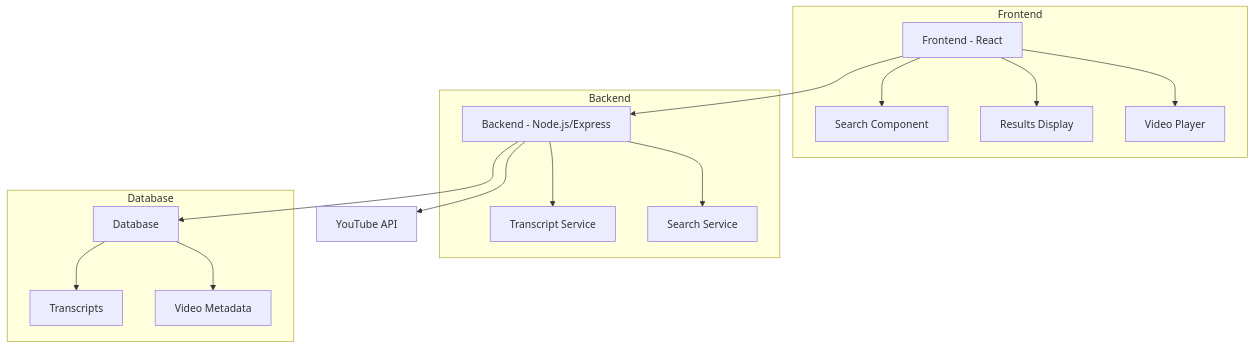
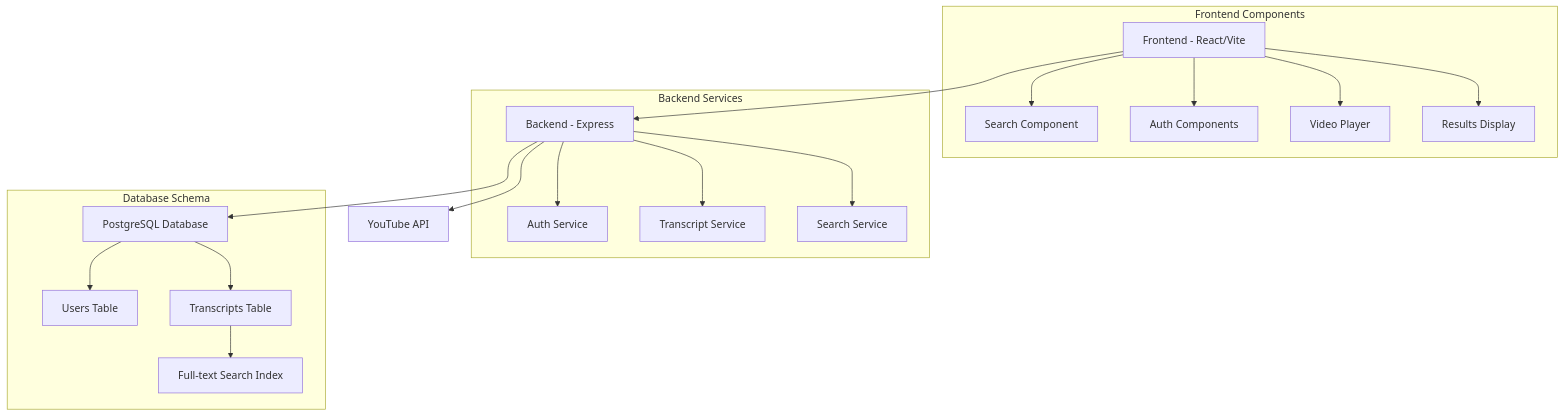
One commit to ajeetraina/youtube-transcript-search changed the diagram in README.md. Above: the diagram before and after it, drawn with Mermaid. The commit also changed other lines of this file, not shown here.

Commit message:
Update README with setup instructions and detailed architecture

````diff
--- a/README.md
+++ b/README.md
@@ -15,22 +16,25 @@
 ```mermaid
 graph TD
-    A[Frontend - React] --> B[Backend - Node.js/Express]
-    B --> C[Database]
+    A[Frontend - React/Vite] --> B[Backend - Express]
+    B --> C[PostgreSQL Database]
     B --> D[YouTube API]
     
-    subgraph Frontend
-    A --> E[Search Component]
-    A --> F[Results Display]
-    A --> G[Video Player]
+    subgraph Frontend Components
+        A --> E[Search Component]
+        A --> F[Auth Components]
+        A --> G[Video Player]
+        A --> H[Results Display]
     end
     
-    subgraph Backend
-    B --> H[Transcript Service]
-    B --> I[Search Service]
+    subgraph Backend Services
+        B --> I[Auth Service]
+        B --> J[Transcript Service]
+        B --> K[Search Service]
     end
     
-    subgraph Database
-    C --> J[Transcripts]
-    C --> K[Video Metadata]
+    subgraph Database Schema
+        C --> L[Users Table]
+        C --> M[Transcripts Table]
+        M --> N[Full-text Search Index]
     end
 ```
````
